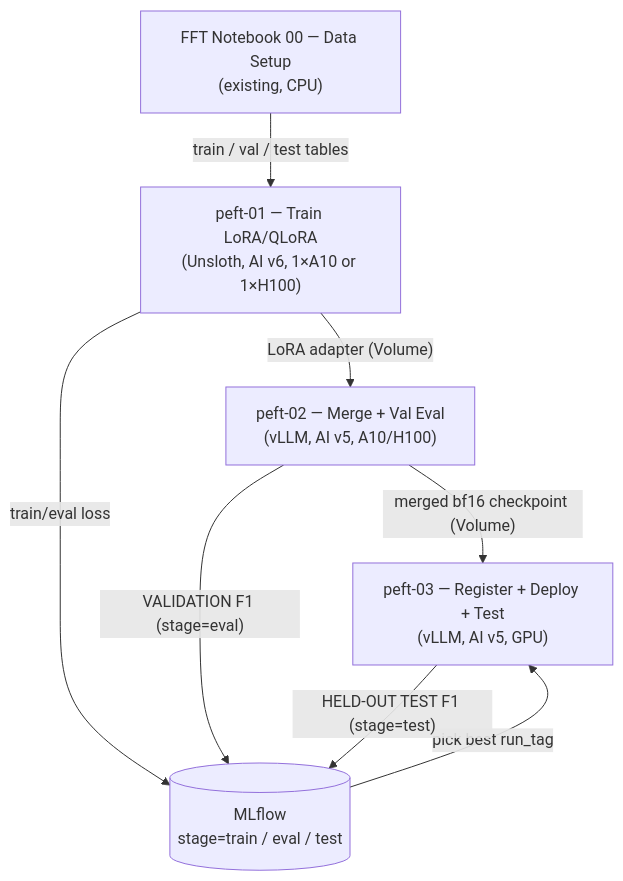
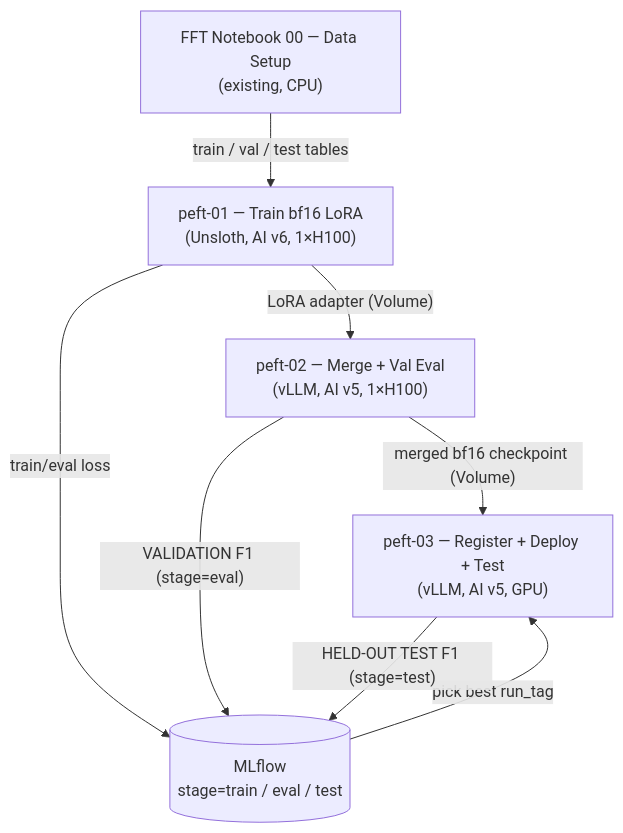
One commit to qian-yu-db/databricks-AIRuntime-FT-workflows changed the diagram in LLM_PEFT_finetuning_workflow/notebooks/README.md. Above: the diagram before and after it, drawn with Mermaid. The commit also changed other lines of this file and 5 other files, not shown here.

````diff
--- a/LLM_PEFT_finetuning_workflow/notebooks/README.md
+++ b/LLM_PEFT_finetuning_workflow/notebooks/README.md
@@ -11,16 +11,16 @@
 ```mermaid
 flowchart TB
     N00["FFT Notebook 00 — Data Setup<br/>(existing, CPU)"]
-    N01["peft-01 — Train LoRA/QLoRA<br/>(Unsloth, AI v6, 1×A10 or 1×H100)"]
-    N02["peft-02 — Merge + Val Eval<br/>(vLLM, AI v5, A10/H100)"]
+    N01["peft-01 — Train bf16 LoRA<br/>(Unsloth, AI v6, 1×H100)"]
+    N02["peft-02 — Merge + Val Eval<br/>(vLLM, AI v5, 1×H100)"]
     N03["peft-03 — Register + Deploy + Test<br/>(vLLM, AI v5, GPU)"]
     MLF[("MLflow<br/>stage=train / eval / test")]
 
     N00 -->|"train / val / test tables"| N01
     N01 -->|"LoRA adapter (Volume)"| N02
     N02 -->|"merged bf16 checkpoint (Volume)"| N03
     N01 -->|"train/eval loss"| MLF
     N02 -->|"VALIDATION F1 (stage=eval)"| MLF
     MLF -->|"pick best run_tag"| N03
     N03 -->|"HELD-OUT TEST F1 (stage=test)"| MLF
 ```
````
